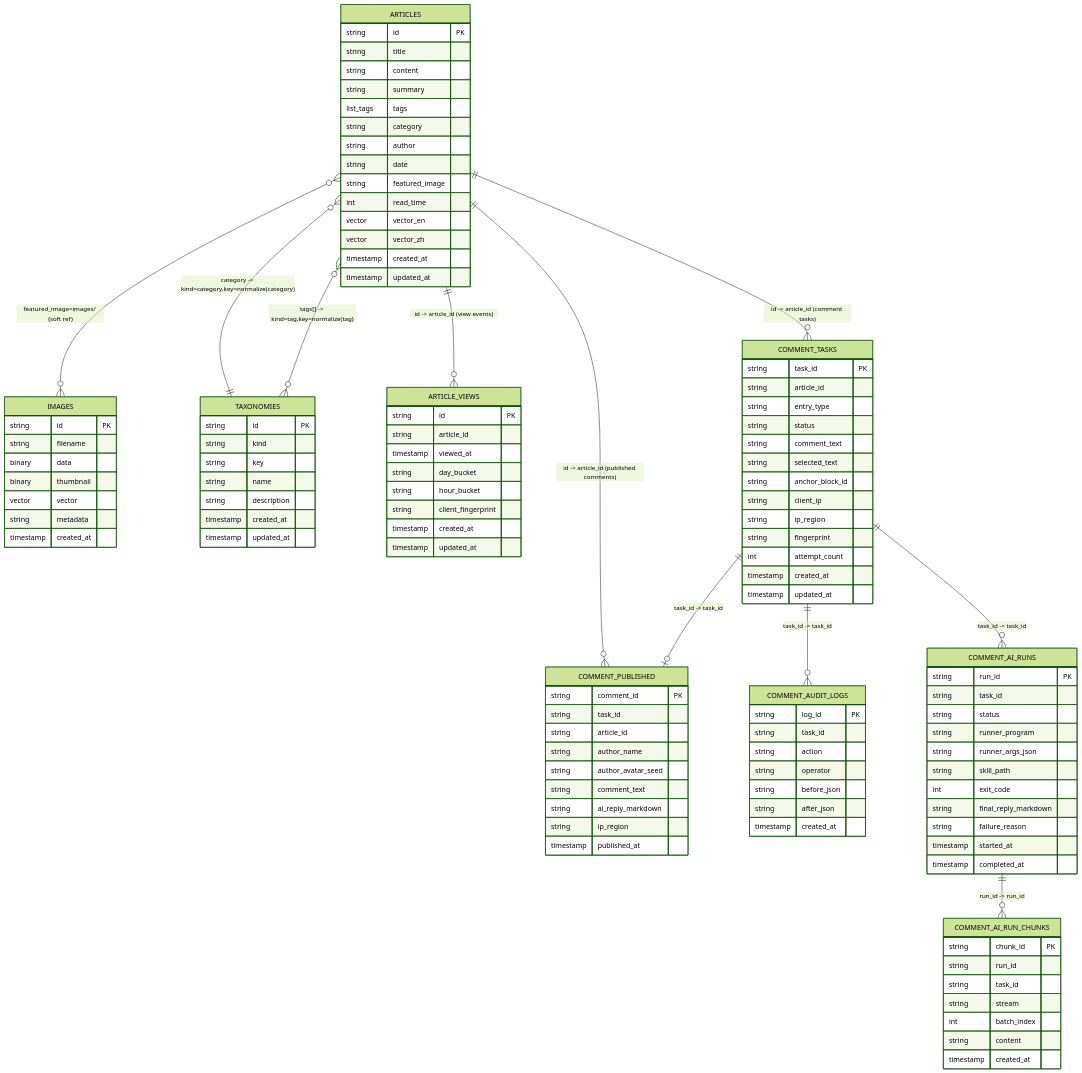
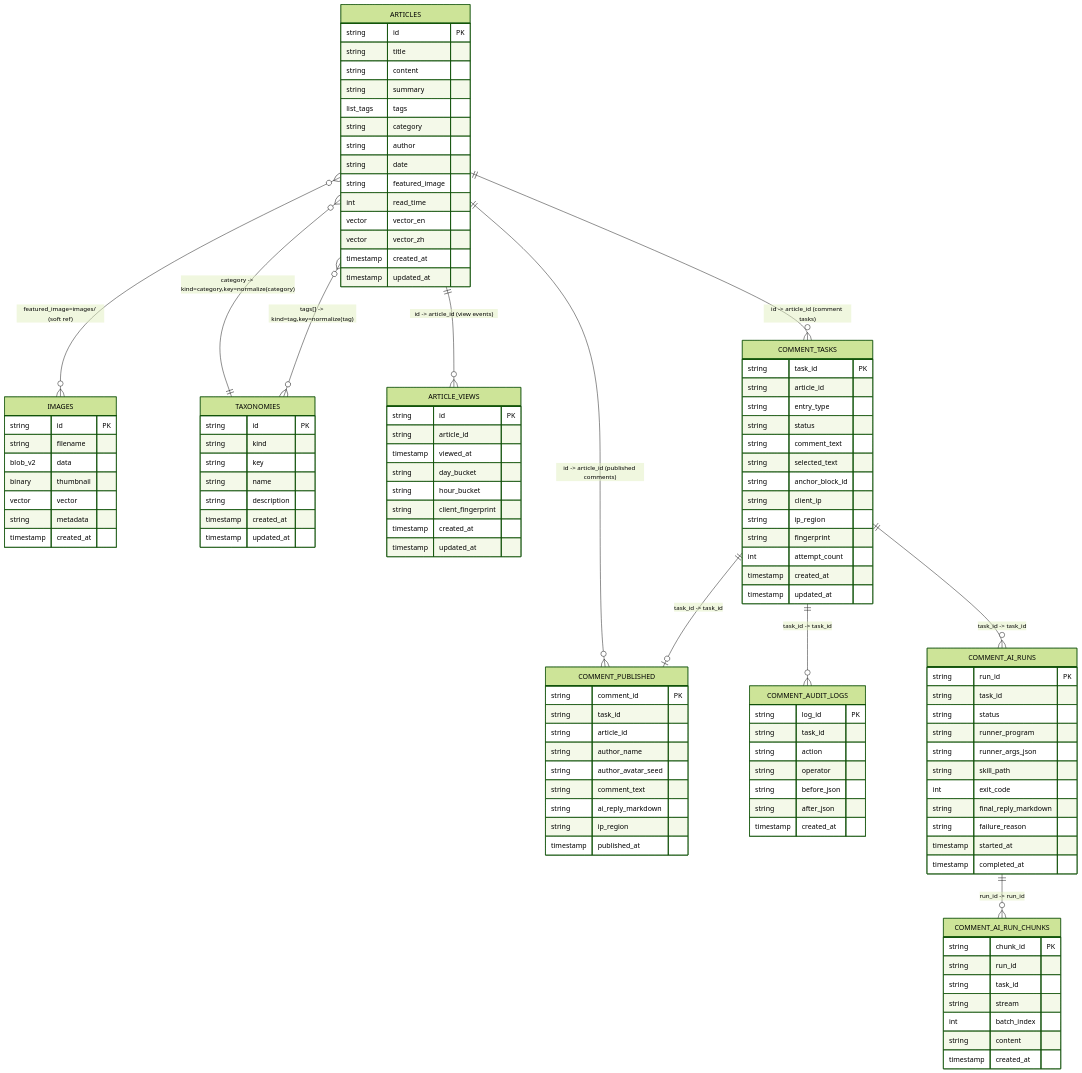
Before and after one commit to acking-you/static_flow: the first of 2 diagrams in docs/cli-user-guide.zh.md, drawn with Mermaid (forest theme). The commit also changed other lines of this file and 23 other files, not shown here.

```diff
--- a/docs/cli-user-guide.zh.md
+++ b/docs/cli-user-guide.zh.md
@@ -104,7 +119,7 @@
     IMAGES {
       string id PK
       string filename
-      binary data
+      blob_v2 data
       binary thumbnail
       vector vector
       string metadata
```
